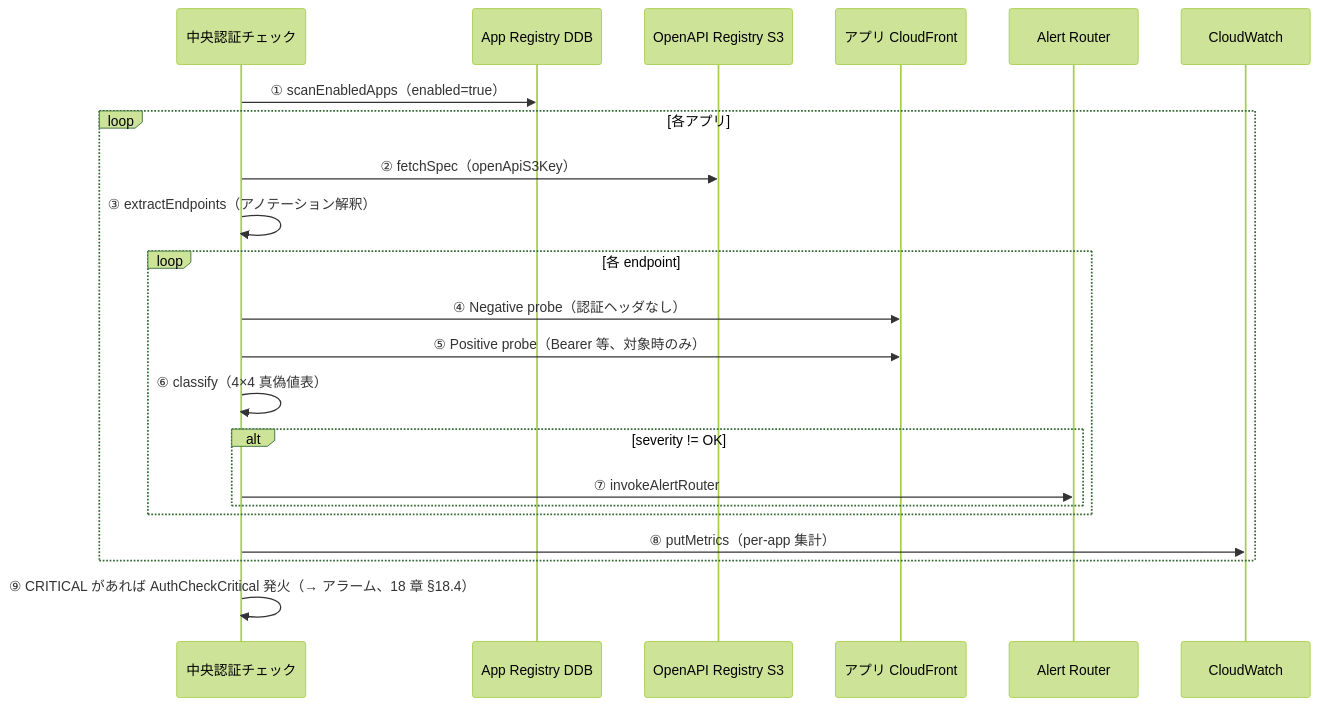
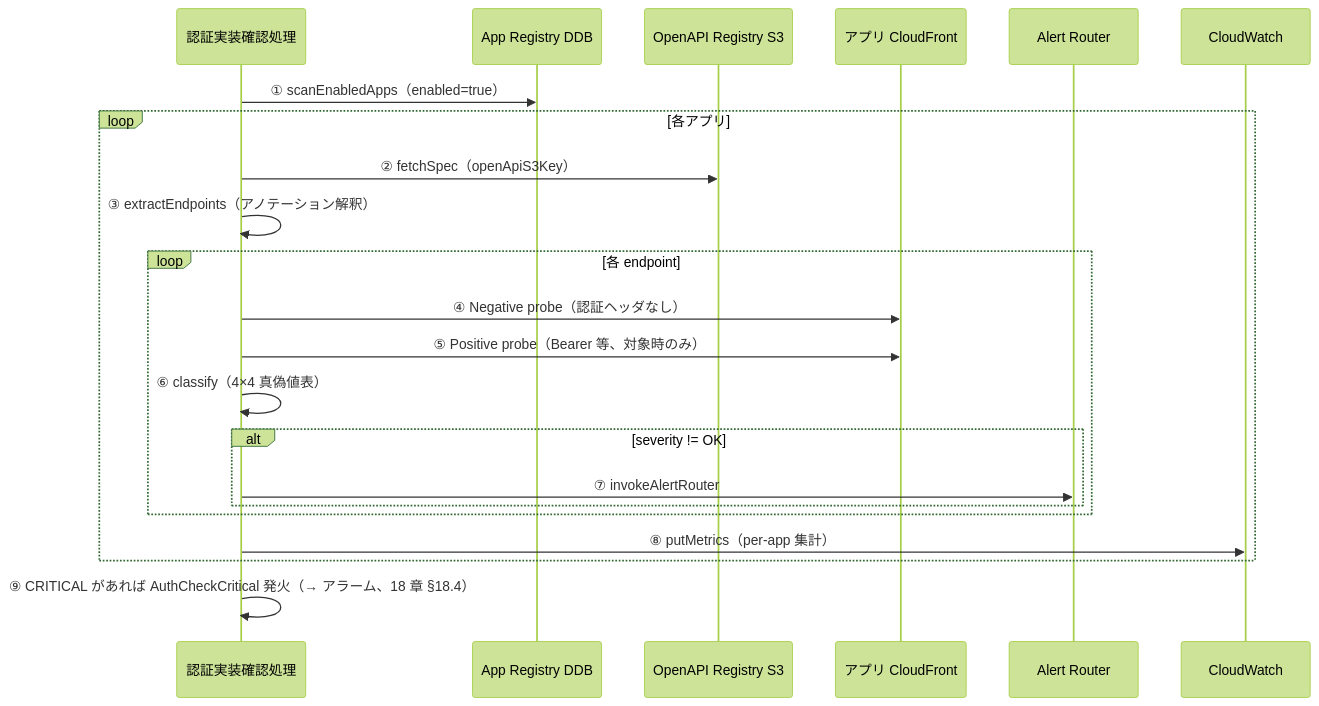
The diagram in doc/api-platform/basic-design/11-central-probe-architecture.md (suepie/aws-atuh-poc), drawn with Mermaid (forest theme) before and after one commit. The commit also changed other lines of this file and 27 other files, not shown here.

````diff
--- a/doc/api-platform/basic-design/11-central-probe-architecture.md
+++ b/doc/api-platform/basic-design/11-central-probe-architecture.md
@@ -21,25 +21,25 @@
 ```mermaid
 sequenceDiagram
-    participant CC as 中央認証チェック
+    participant CC as 認証実装確認処理
     participant Reg as App Registry DDB
     participant OAR as OpenAPI Registry S3
     participant CF as アプリ CloudFront
     participant AR as Alert Router
     participant CW as CloudWatch
 
     CC->>Reg: ① scanEnabledApps（enabled=true）
     loop 各アプリ
         CC->>OAR: ② fetchSpec（openApiS3Key）
         CC->>CC: ③ extractEndpoints（アノテーション解釈）
         loop 各 endpoint
             CC->>CF: ④ Negative probe（認証ヘッダなし）
             CC->>CF: ⑤ Positive probe（Bearer 等、対象時のみ）
             CC->>CC: ⑥ classify（4×4 真偽値表）
             alt severity != OK
                 CC->>AR: ⑦ invokeAlertRouter
             end
         end
         CC->>CW: ⑧ putMetrics（per-app 集計）
     end
     CC->>CC: ⑨ CRITICAL があれば AuthCheckCritical 発火（→ アラーム、18 章 §18.4）
 ```
````
